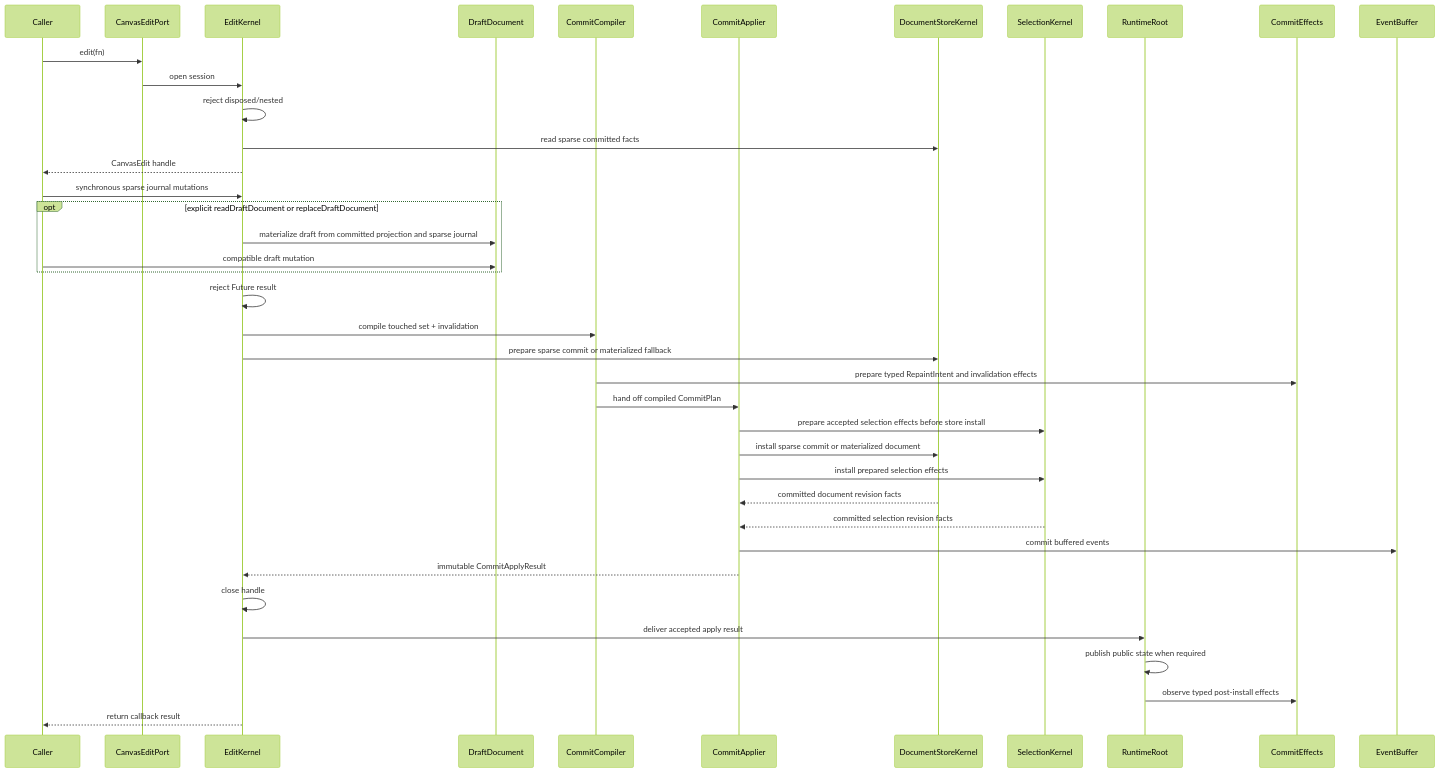
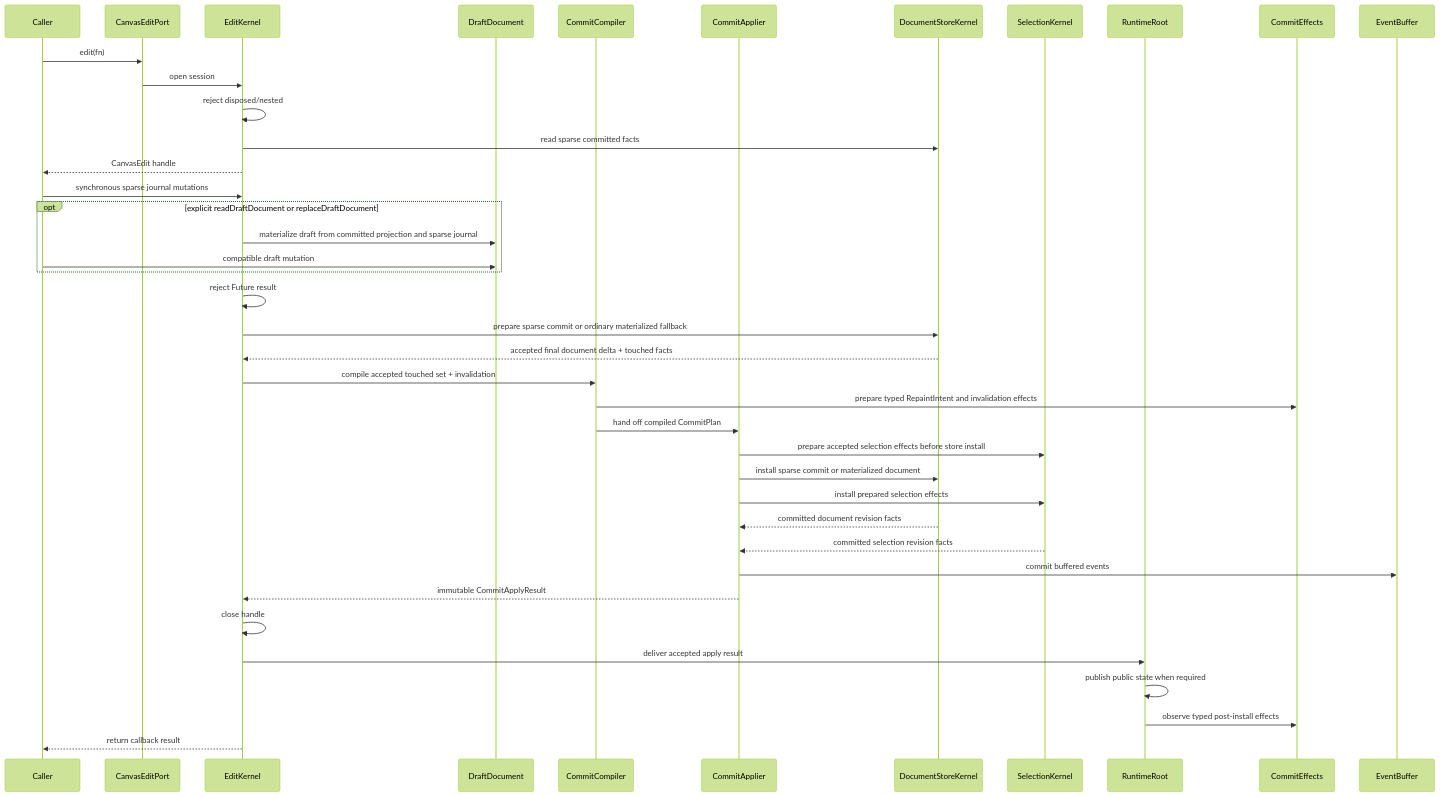
One commit to GreatPika/iwb_canvas_engine changed the first of 2 diagrams in docs/contracts/edit_kernel.md. Above: the diagram before and after it, drawn with Mermaid (forest theme). The commit also changed other lines of this file and 11 other files, not shown here.

````diff
--- a/docs/contracts/edit_kernel.md
+++ b/docs/contracts/edit_kernel.md
@@ -45,42 +48,43 @@
 ```mermaid
 sequenceDiagram
   participant Caller
   participant API as CanvasEditPort
   participant EK as EditKernel
   participant Draft as DraftDocument
   participant CC as CommitCompiler
   participant Applier as CommitApplier
   participant Store as DocumentStoreKernel
   participant Selection as SelectionKernel
   participant Runtime as RuntimeRoot
   participant Effects as CommitEffects
   participant Events as EventBuffer
 
   Caller->>API: edit(fn)
   API->>EK: open session
   EK->>EK: reject disposed/nested
   EK->>Store: read sparse committed facts
   EK-->>Caller: CanvasEdit handle
   Caller->>EK: synchronous sparse journal mutations
   opt explicit readDraftDocument or replaceDraftDocument
     EK->>Draft: materialize draft from committed projection and sparse journal
     Caller->>Draft: compatible draft mutation
   end
   EK->>EK: reject Future result
-  EK->>CC: compile touched set + invalidation
-  EK->>Store: prepare sparse commit or materialized fallback
+  EK->>Store: prepare sparse commit or ordinary materialized fallback
+  Store-->>EK: accepted final document delta + touched facts
+  EK->>CC: compile accepted touched set + invalidation
   CC->>Effects: prepare typed RepaintIntent and invalidation effects
   CC->>Applier: hand off compiled CommitPlan
   Applier->>Selection: prepare accepted selection effects before store install
   Applier->>Store: install sparse commit or materialized document
   Applier->>Selection: install prepared selection effects
   Store-->>Applier: committed document revision facts
   Selection-->>Applier: committed selection revision facts
   Applier->>Events: commit buffered events
   Applier-->>EK: immutable CommitApplyResult
   EK->>EK: close handle
   EK->>Runtime: deliver accepted apply result
   Runtime->>Runtime: publish public state when required
   Runtime->>Effects: observe typed post-install effects
   EK-->>Caller: return callback result
 ```
````
